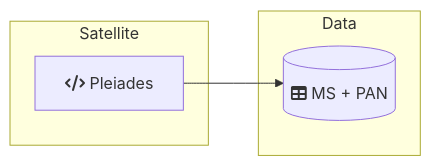
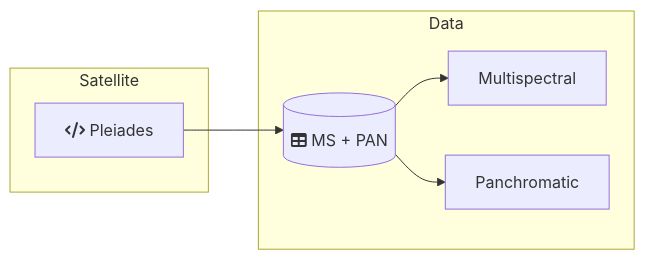
The fifth of 5 diagrams in README.md (DippoldEJ/Satellite-Datasets), drawn with Mermaid before and after one commit.

````diff
--- a/README.md
+++ b/README.md
@@ -62,14 +62,18 @@
 ```mermaid
 flowchart LR;
 
 subgraph Satellite
     s[fa:fa-code Pleiades]
     end
 
  subgraph Data
         db[(fa:fa-table MS + PAN)]
+        m[Multispectral]
+        p[Panchromatic]
     end
 
     s-->db
+    db-->m
+    db-->p
 
 ```
````
